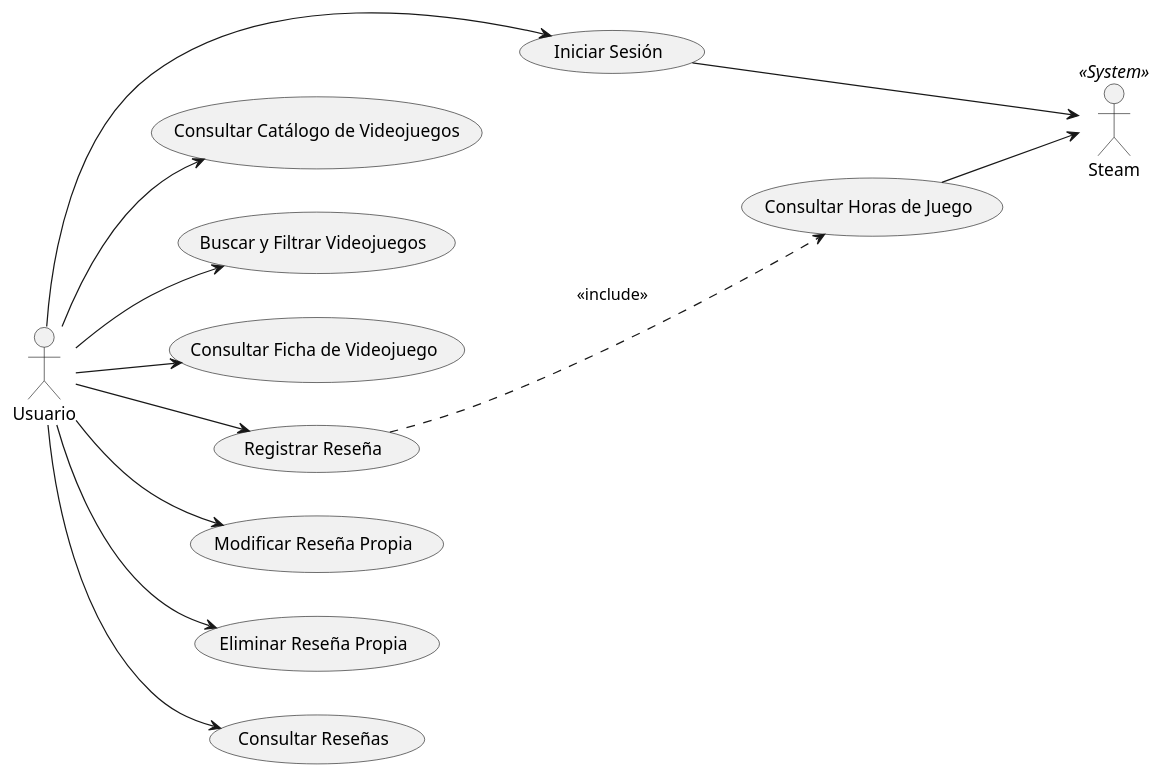
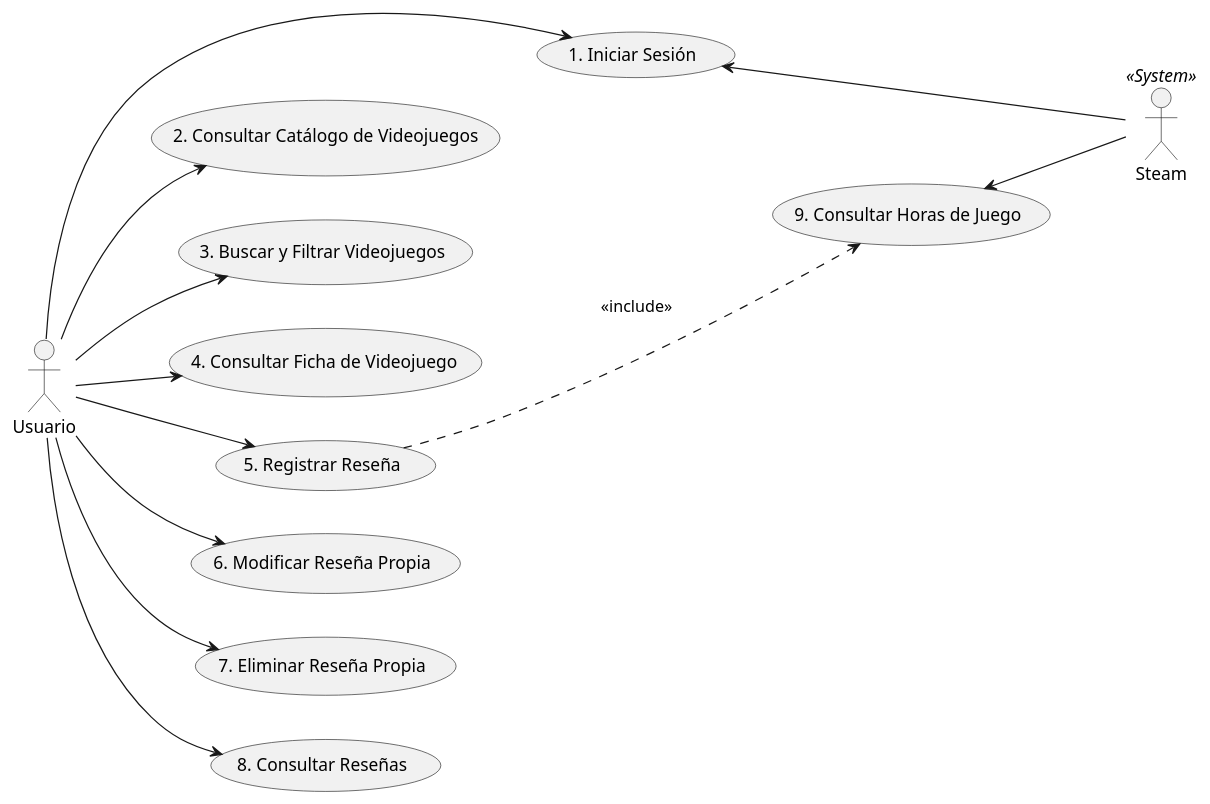
The diagram in DIagramas/CU.plantuml (ScursatoneGino16/SeminarioIntegrador2026), drawn with PlantUML before and after one commit. The commit also changed 1 other file, not shown here.

```diff
--- a/DIagramas/CU.plantuml
+++ b/DIagramas/CU.plantuml
@@ -1,22 +1,20 @@
 @startuml CU
 left to right direction
-
 actor Usuario
 actor Steam << System >>
   
-Usuario --> (Iniciar Sesión)
-(Iniciar Sesión) --> Steam
+Usuario --> (1. Iniciar Sesión)
+(1. Iniciar Sesión) <-- Steam
 
-Usuario --> (Consultar Catálogo de Videojuegos)
-Usuario --> (Buscar y Filtrar Videojuegos)
-Usuario --> (Consultar Ficha de Videojuego)
+Usuario --> (2. Consultar Catálogo de Videojuegos)
+Usuario --> (3. Buscar y Filtrar Videojuegos)
+Usuario --> (4. Consultar Ficha de Videojuego)  
+
+Usuario --> (5. Registrar Reseña)
+Usuario --> (6. Modificar Reseña Propia)
+Usuario --> (7. Eliminar Reseña Propia)
+Usuario --> (8. Consultar Reseñas)
   
-
-Usuario --> (Registrar Reseña)
-Usuario --> (Modificar Reseña Propia)
-Usuario --> (Eliminar Reseña Propia)
-Usuario --> (Consultar Reseñas)
-  
-(Registrar Reseña) ..> (Consultar Horas de Juego) : <<include>>
-(Consultar Horas de Juego) --> Steam
+(5. Registrar Reseña) ..> (9. Consultar Horas de Juego) : <<include>>
+(9. Consultar Horas de Juego) <-- Steam
 @enduml
```
